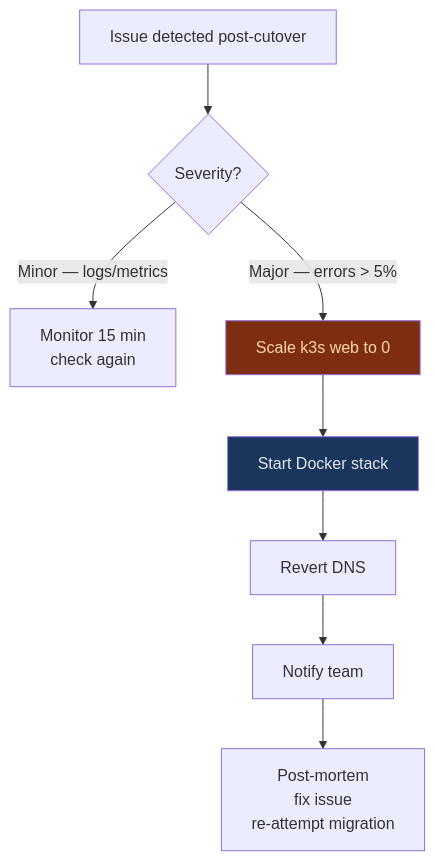
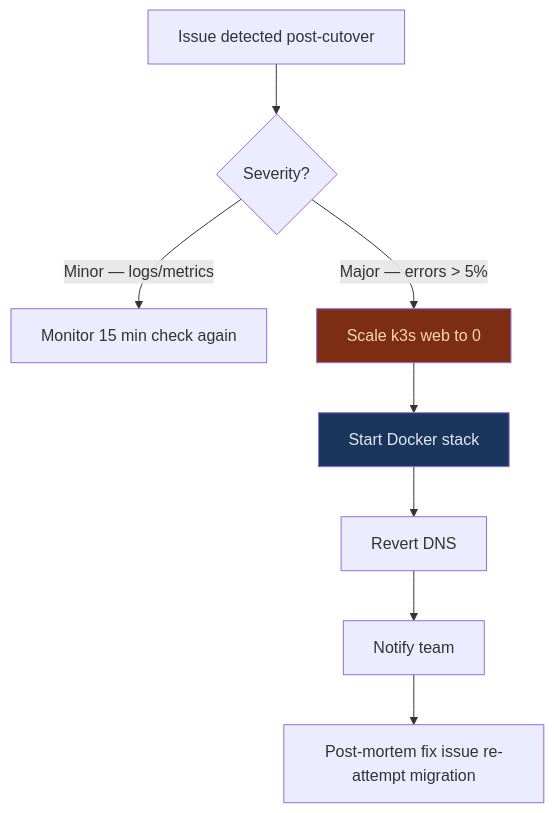
Before and after one commit to UncleJS/course_k3s: the sixth of 7 diagrams in 17_docker_to_k3s/05_migration_walkthrough.md, drawn with Mermaid. The commit also changed other lines of this file and 57 other files, not shown here.

````diff
--- a/17_docker_to_k3s/05_migration_walkthrough.md
+++ b/17_docker_to_k3s/05_migration_walkthrough.md
@@ -1293,12 +1293,12 @@
 ```mermaid
 flowchart TD
     A[Issue detected post-cutover] --> B{Severity?}
-    B -->|Minor — logs/metrics| C[Monitor 15 min\ncheck again]
+    B -->|Minor — logs/metrics| C[Monitor 15 min check again]
     B -->|Major — errors > 5%| D[Scale k3s web to 0]
     D --> E[Start Docker stack]
     E --> F[Revert DNS]
     F --> G[Notify team]
-    G --> H[Post-mortem\nfix issue\nre-attempt migration]
+    G --> H[Post-mortem fix issue re-attempt migration]
     style D fill:#7c2d12,color:#fed7aa
     style E fill:#1a365d,color:#e2e8f0
 ```
````
